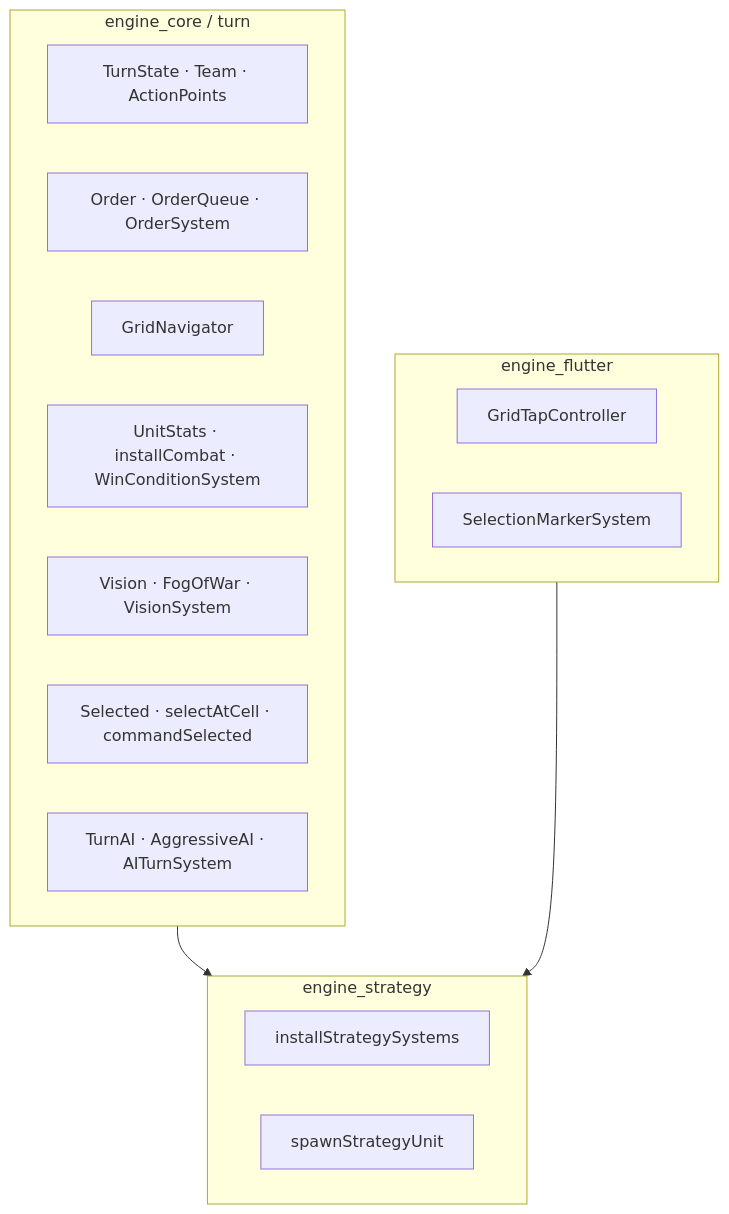
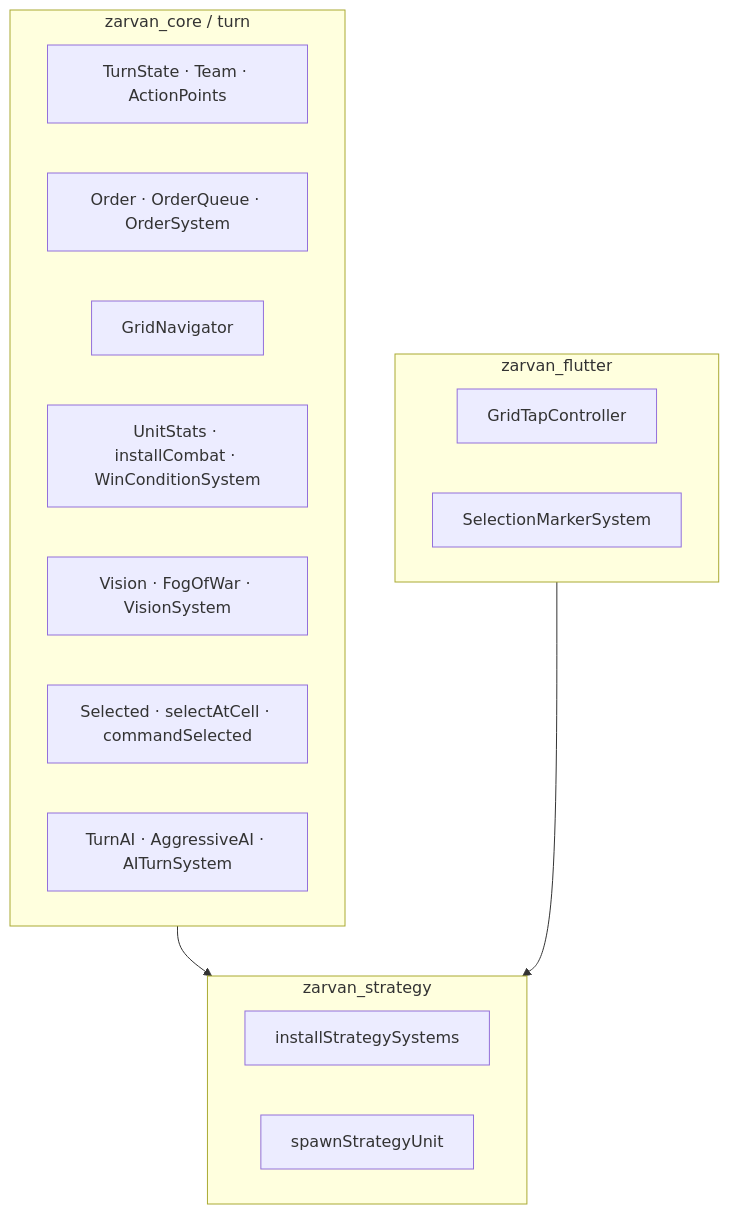
Before and after one commit to arashrasoulzadeh/agentic-game-engine: the fourth of 4 diagrams in docs/concepts/architecture.md, drawn with Mermaid. The commit also changed other lines of this file and 2098 other files, not shown here.

````diff
--- a/docs/concepts/architecture.md
+++ b/docs/concepts/architecture.md
@@ -86,22 +86,22 @@
 ```mermaid
 flowchart TB
-    subgraph core_turn["engine_core / turn"]
+    subgraph core_turn["zarvan_core / turn"]
       T[TurnState · Team · ActionPoints]
       O[Order · OrderQueue · OrderSystem]
       N[GridNavigator]
       C[UnitStats · installCombat · WinConditionSystem]
       F[Vision · FogOfWar · VisionSystem]
       SEL[Selected · selectAtCell · commandSelected]
       AI[TurnAI · AggressiveAI · AITurnSystem]
     end
-    subgraph flutter_ui["engine_flutter"]
+    subgraph flutter_ui["zarvan_flutter"]
       TAP[GridTapController]
       MARK[SelectionMarkerSystem]
     end
-    subgraph strategy["engine_strategy"]
+    subgraph strategy["zarvan_strategy"]
       INST[installStrategySystems]
       SPAWN[spawnStrategyUnit]
     end
     core_turn --> strategy
     flutter_ui --> strategy
 ```
````
